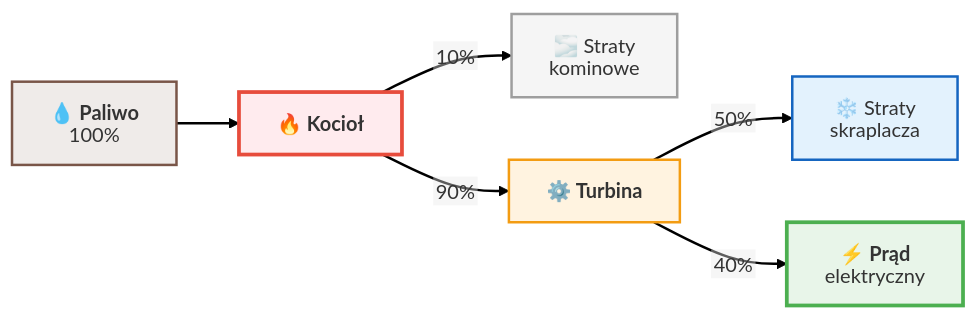
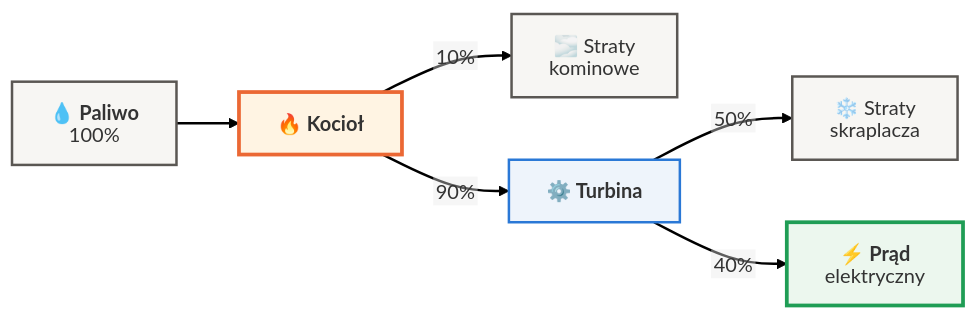
Before and after one commit to moondec/Termodynamika: the second of 6 diagrams in Wyklady/15_Spalanie_Egzergia.qmd, drawn with Mermaid. The commit also changed other lines of this file and 229 other files, not shown here.

````diff
--- a/Wyklady/15_Spalanie_Egzergia.qmd
+++ b/Wyklady/15_Spalanie_Egzergia.qmd
@@ -235,21 +227,21 @@
 ```{mermaid}
 %%| fig-align: center
 
 %%{init: {'theme': 'default', 'flowchart': {'htmlLabels': false, 'wrappingWidth': 400, 'subGraphTitleMargin': {'top': 6, 'bottom': 16}}, 'themeVariables': {'fontSize': '16px', 'fontFamily': 'Arial, Helvetica, sans-serif'}, 'htmlLabels': false}}%%
 flowchart LR
     F["`💧 **Paliwo**
 100%`"] --> K["`🔥 **Kocioł**`"]
     K -->|"10%"| KOM["🌫️ Straty<br>kominowe"]
     K -->|"90%"| T["`⚙️ **Turbina**`"]
     T -->|"50%"| SKR["❄️ Straty<br>skraplacza"]
     T -->|"40%"| GEN["`⚡ **Prąd**
 elektryczny`"]
-    
-    style F fill:#efebe9,stroke:#795548,stroke-width:2px
-    style K fill:#ffebee,stroke:#e74c3c,stroke-width:3px
-    style KOM fill:#f5f5f5,stroke:#9e9e9e,stroke-width:2px
-    style T fill:#fff3e0,stroke:#f39c12,stroke-width:2px
-    style SKR fill:#e3f2fd,stroke:#1565c0,stroke-width:2px
-    style GEN fill:#e8f5e9,stroke:#4caf50,stroke-width:3px
+
+    style F fill:#f7f6f3,stroke:#5a5753,stroke-width:2px
+    style K fill:#fff4e3,stroke:#eb6834,stroke-width:3px
+    style KOM fill:#f7f6f3,stroke:#5a5753,stroke-width:2px
+    style T fill:#eef4fb,stroke:#2a78d6,stroke-width:2px
+    style SKR fill:#f7f6f3,stroke:#5a5753,stroke-width:2px
+    style GEN fill:#ecf7ee,stroke:#1f9d55,stroke-width:3px
     linkStyle default stroke-width:2px,fill:none,stroke:black
 ```
````
